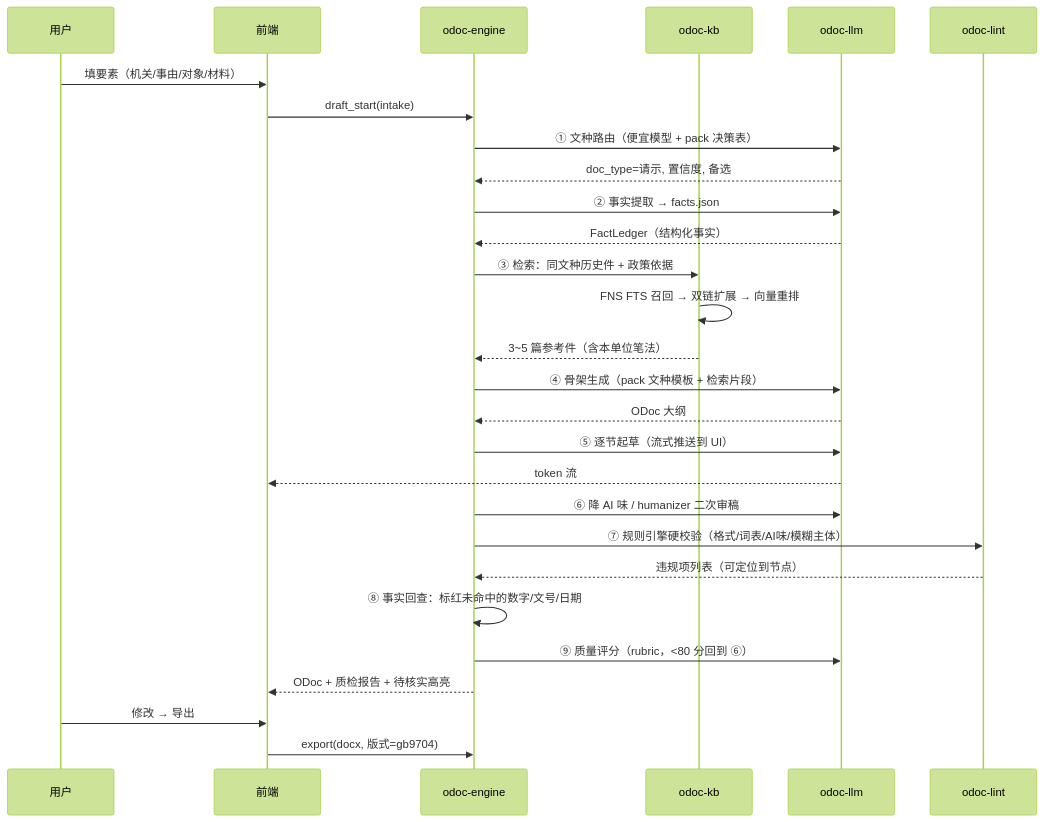
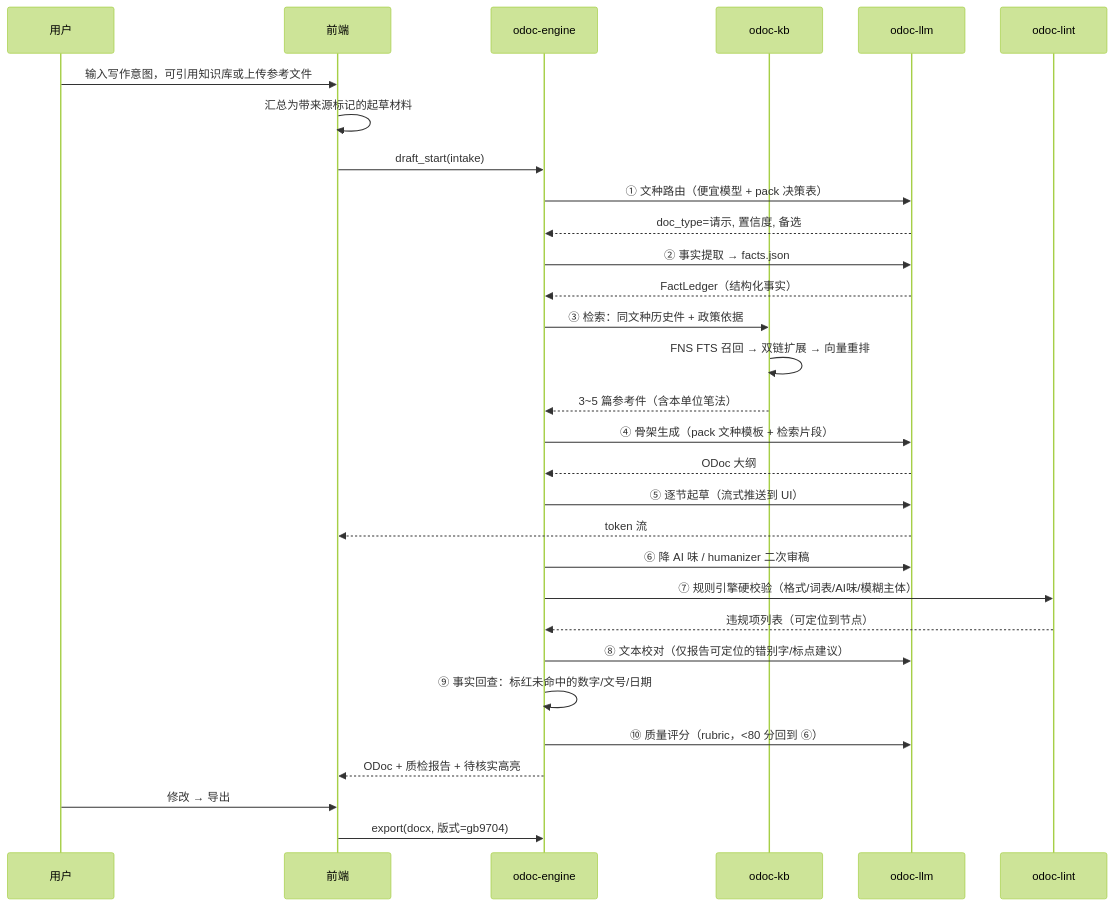
The diagram in docs/PLAN.md (hellomrli/my-bingbi), drawn with Mermaid (forest theme) before and after one commit. The commit also changed other lines of this file and 32 other files, not shown here.

````diff
--- a/docs/PLAN.md
+++ b/docs/PLAN.md
@@ -210,31 +210,33 @@
 ```mermaid
 sequenceDiagram
     participant U as 用户
     participant UI as 前端
     participant E as odoc-engine
     participant KB as odoc-kb
     participant L as odoc-llm
     participant LT as odoc-lint
 
-    U->>UI: 填要素（机关/事由/对象/材料）
+    U->>UI: 输入写作意图，可引用知识库或上传参考文件
+    UI->>UI: 汇总为带来源标记的起草材料
     UI->>E: draft_start(intake)
     E->>L: ① 文种路由（便宜模型 + pack 决策表）
     L-->>E: doc_type=请示, 置信度, 备选
     E->>L: ② 事实提取 → facts.json
     L-->>E: FactLedger（结构化事实）
     E->>KB: ③ 检索：同文种历史件 + 政策依据
     KB->>KB: FNS FTS 召回 → 双链扩展 → 向量重排
     KB-->>E: 3~5 篇参考件（含本单位笔法）
     E->>L: ④ 骨架生成（pack 文种模板 + 检索片段）
     L-->>E: ODoc 大纲
     E->>L: ⑤ 逐节起草（流式推送到 UI）
     L-->>UI: token 流
     E->>L: ⑥ 降 AI 味 / humanizer 二次审稿
     E->>LT: ⑦ 规则引擎硬校验（格式/词表/AI味/模糊主体）
     LT-->>E: 违规项列表（可定位到节点）
-    E->>E: ⑧ 事实回查：标红未命中的数字/文号/日期
-    E->>L: ⑨ 质量评分（rubric，<80 分回到 ⑥）
+    E->>L: ⑧ 文本校对（仅报告可定位的错别字/标点建议）
+    E->>E: ⑨ 事实回查：标红未命中的数字/文号/日期
+    E->>L: ⑩ 质量评分（rubric，<80 分回到 ⑥）
     E-->>UI: ODoc + 质检报告 + 待核实高亮
     U->>UI: 修改 → 导出
     UI->>E: export(docx, 版式=gb9704)
 ```
````
